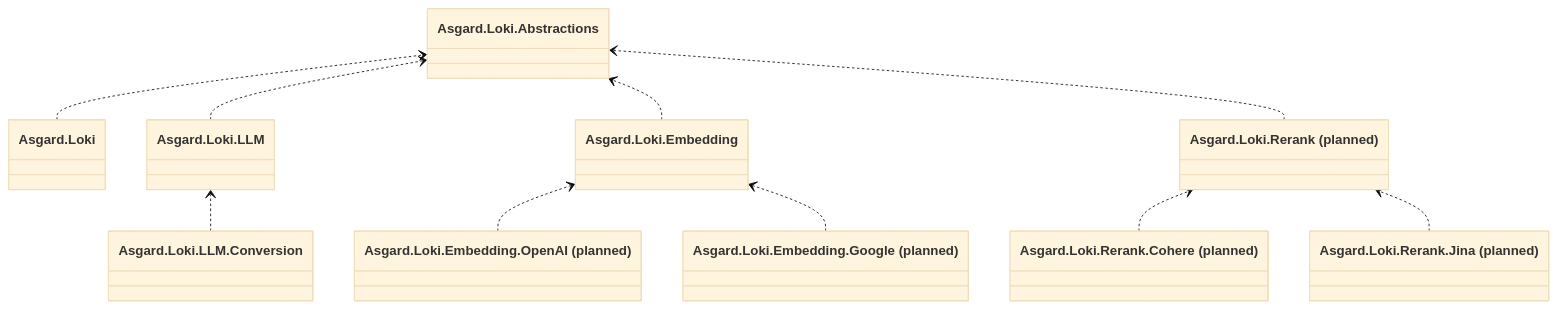
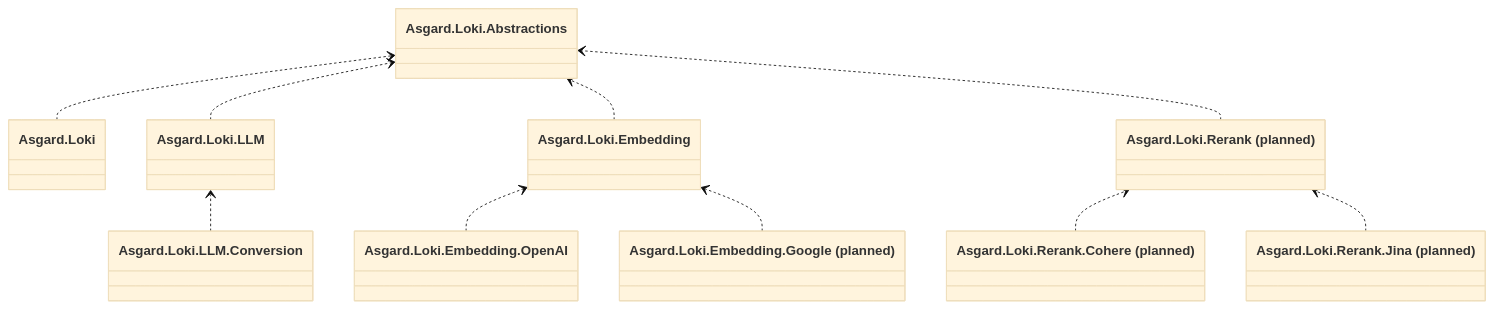
Before and after one commit to BenLampson/Asgard.Loki: the diagram in docs/model-call-roadmap.md, drawn with Mermaid (base theme). The commit also changed other lines of this file and 25 other files, not shown here.

Commit message:
feat(embedding): add native OpenAI provider

````diff
--- a/docs/model-call-roadmap.md
+++ b/docs/model-call-roadmap.md
@@ -151,23 +152,23 @@
 ```mermaid
 classDiagram
 direction BT
 class Abstractions["Asgard.Loki.Abstractions"]
 class Client["Asgard.Loki"]
 class LLM["Asgard.Loki.LLM"]
 class Conversion["Asgard.Loki.LLM.Conversion"]
 class Embedding["Asgard.Loki.Embedding"]
 class Rerank["Asgard.Loki.Rerank (planned)"]
-class EmbeddingOpenAI["Asgard.Loki.Embedding.OpenAI (planned)"]
+class EmbeddingOpenAI["Asgard.Loki.Embedding.OpenAI"]
 class EmbeddingGoogle["Asgard.Loki.Embedding.Google (planned)"]
 class RerankCohere["Asgard.Loki.Rerank.Cohere (planned)"]
 class RerankJina["Asgard.Loki.Rerank.Jina (planned)"]
 Client ..> Abstractions
 LLM ..> Abstractions
 Conversion ..> LLM
 Embedding ..> Abstractions
 Rerank ..> Abstractions
 EmbeddingOpenAI ..> Embedding
 EmbeddingGoogle ..> Embedding
 RerankCohere ..> Rerank
 RerankJina ..> Rerank
 ```
````
